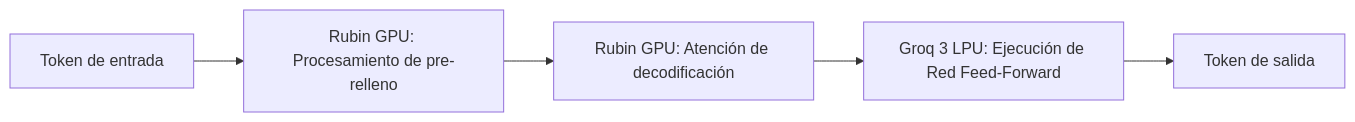
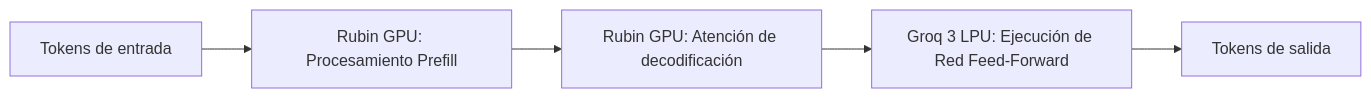
The first of 3 diagrams in articles/es/2026-03-18-nvidia-vera-rubin-inference-infrastructure.md (no-problem-dev/rick-brick-content), drawn with Mermaid before and after one commit. The commit also changed other lines of this file and 126 other files, not shown here.

````diff
--- a/articles/es/2026-03-18-nvidia-vera-rubin-inference-infrastructure.md
+++ b/articles/es/2026-03-18-nvidia-vera-rubin-inference-infrastructure.md
@@ -111,7 +111,7 @@
 ```mermaid
 graph LR
-    A[Token de entrada] --> B[Rubin GPU: Procesamiento de pre-relleno]
+    A[Tokens de entrada] --> B[Rubin GPU: Procesamiento Prefill]
     B --> C[Rubin GPU: Atención de decodificación]
     C --> D[Groq 3 LPU: Ejecución de Red Feed-Forward]
-    D --> E[Token de salida]
+    D --> E[Tokens de salida]
 ```
````
